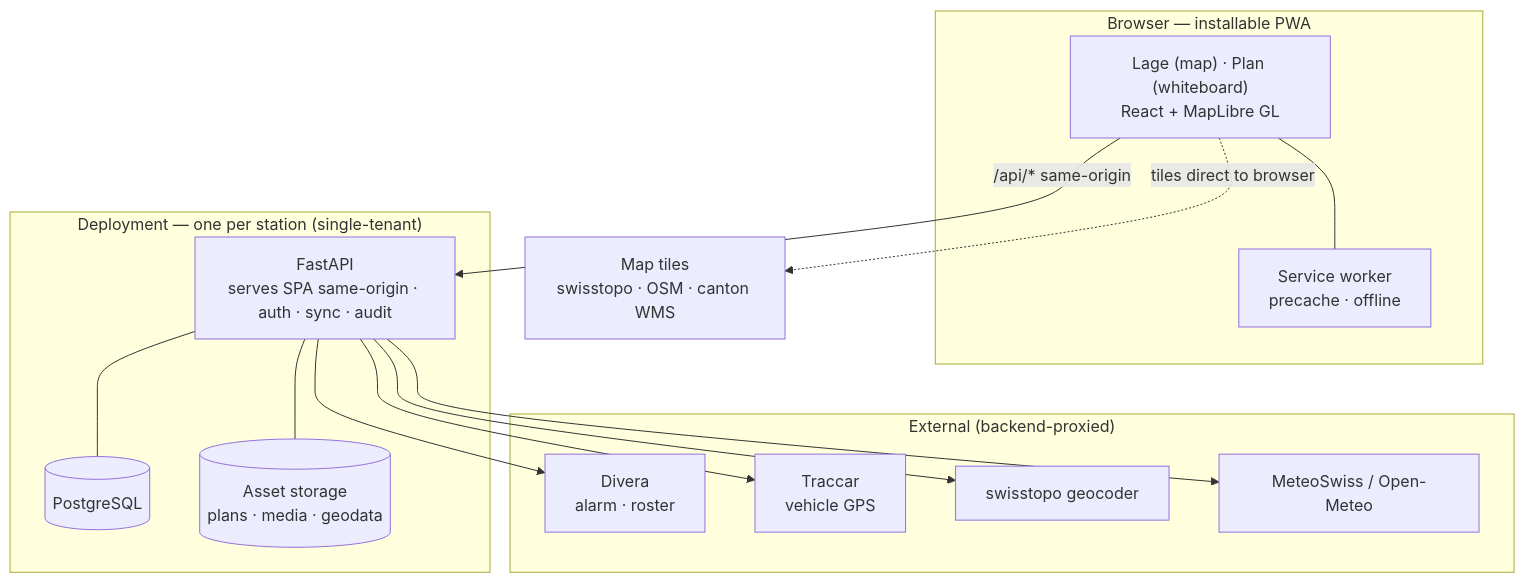
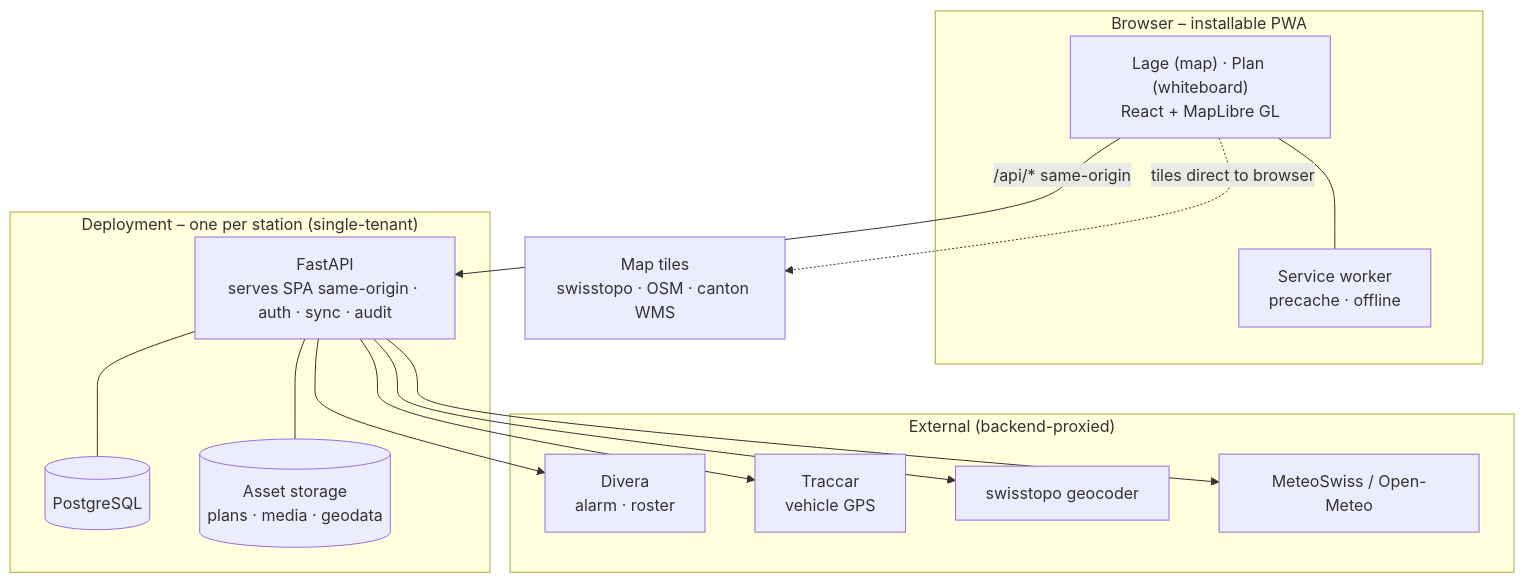
Before and after one commit to feuerwehr-oberwil/kp-front: the diagram in README.md, drawn with Mermaid. The commit also changed 21 other files, not shown here.

````diff
--- a/README.md
+++ b/README.md
@@ -144,28 +144,28 @@
 ```mermaid
 flowchart TB
-  subgraph CLIENT["Browser — installable PWA"]
+  subgraph CLIENT["Browser – installable PWA"]
     UI["Lage (map) · Plan (whiteboard)<br/>React + MapLibre GL"]
     SW["Service worker<br/>precache · offline"]
     UI --- SW
   end
-  subgraph DEP["Deployment — one per station (single-tenant)"]
+  subgraph DEP["Deployment – one per station (single-tenant)"]
     API["FastAPI<br/>serves SPA same-origin · auth · sync · audit"]
     DB[("PostgreSQL")]
     FILES[("Asset storage<br/>plans · media · geodata")]
     API --- DB
     API --- FILES
   end
   subgraph EXT["External (backend-proxied)"]
     DIV["Divera<br/>alarm · roster"]
     TRC["Traccar<br/>vehicle GPS"]
     GEO["swisstopo geocoder"]
     WX["MeteoSwiss / Open-Meteo"]
   end
   TILES["Map tiles<br/>swisstopo · OSM · canton WMS"]
   UI -->|"/api/* same-origin"| API
   API --> DIV
   API --> TRC
   API --> GEO
   API --> WX
   UI -. "tiles direct to browser" .-> TILES
 ```
````
